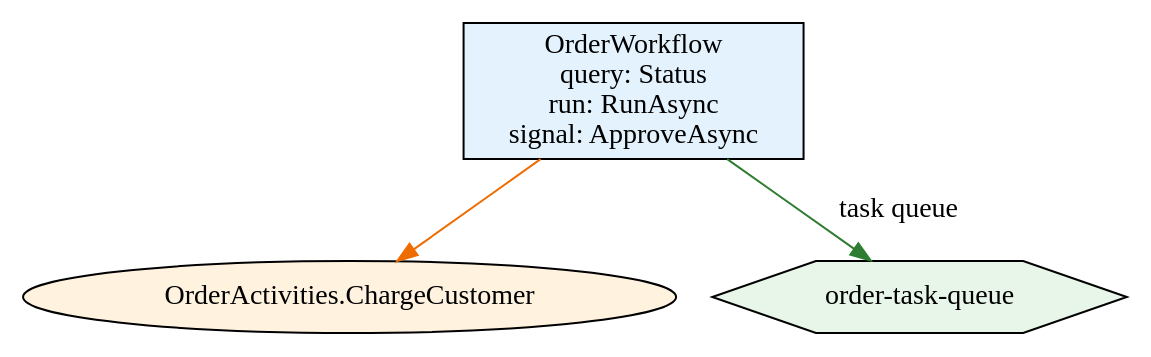
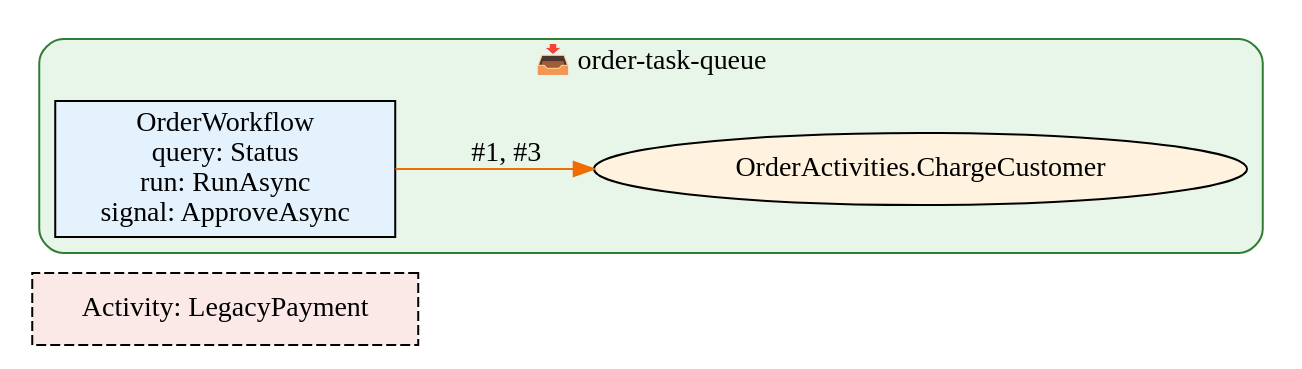
The diagram in src/Temporal.Cli/README.md (Kogoshvili/temporal-sharp), drawn with Graphviz before and after one commit. The commit also changed other lines of this file and 32 other files, not shown here.

````diff
--- a/src/Temporal.Cli/README.md
+++ b/src/Temporal.Cli/README.md
@@ -404,10 +505,15 @@
 ```dot
 digraph temporal_topology {
-    graph [rankdir=TB, splines=spline];
-    n14 [label="OrderActivities.ChargeCustomer", shape=ellipse, style="filled", fillcolor="#fff3e0"];
-    n17 [label="order-task-queue", shape=hexagon, style="filled", fillcolor="#e8f5e9"];
-    n54 [label="OrderWorkflow\nquery: Status\nrun: RunAsync\nsignal: ApproveAsync", shape=box, style="filled", fillcolor="#e3f2fd"];
-    n54 -> n14 [color="#ef6c00", style=solid];
-    n54 -> n17 [color="#2e7d32", style=solid, label="task queue"];
+    graph [rankdir=LR, splines=spline, compound=true];
+    n19 [label="Activity: LegacyPayment", shape=box, style="filled,dashed", fillcolor="#fbe9e7"];
+    subgraph cluster_q0 {
+        label="📥 order-task-queue";
+        style="rounded,filled";
+        fillcolor="#e8f5e9";
+        color="#2e7d32";
+        n14 [label="OrderActivities.ChargeCustomer", shape=ellipse, style="filled", fillcolor="#fff3e0"];
+        n54 [label="OrderWorkflow\nquery: Status\nrun: RunAsync\nsignal: ApproveAsync", shape=box, style="filled", fillcolor="#e3f2fd"];
+    }
+    n54 -> n14 [color="#ef6c00", style=solid, label="#1, #3"];
 }
 ```
````
